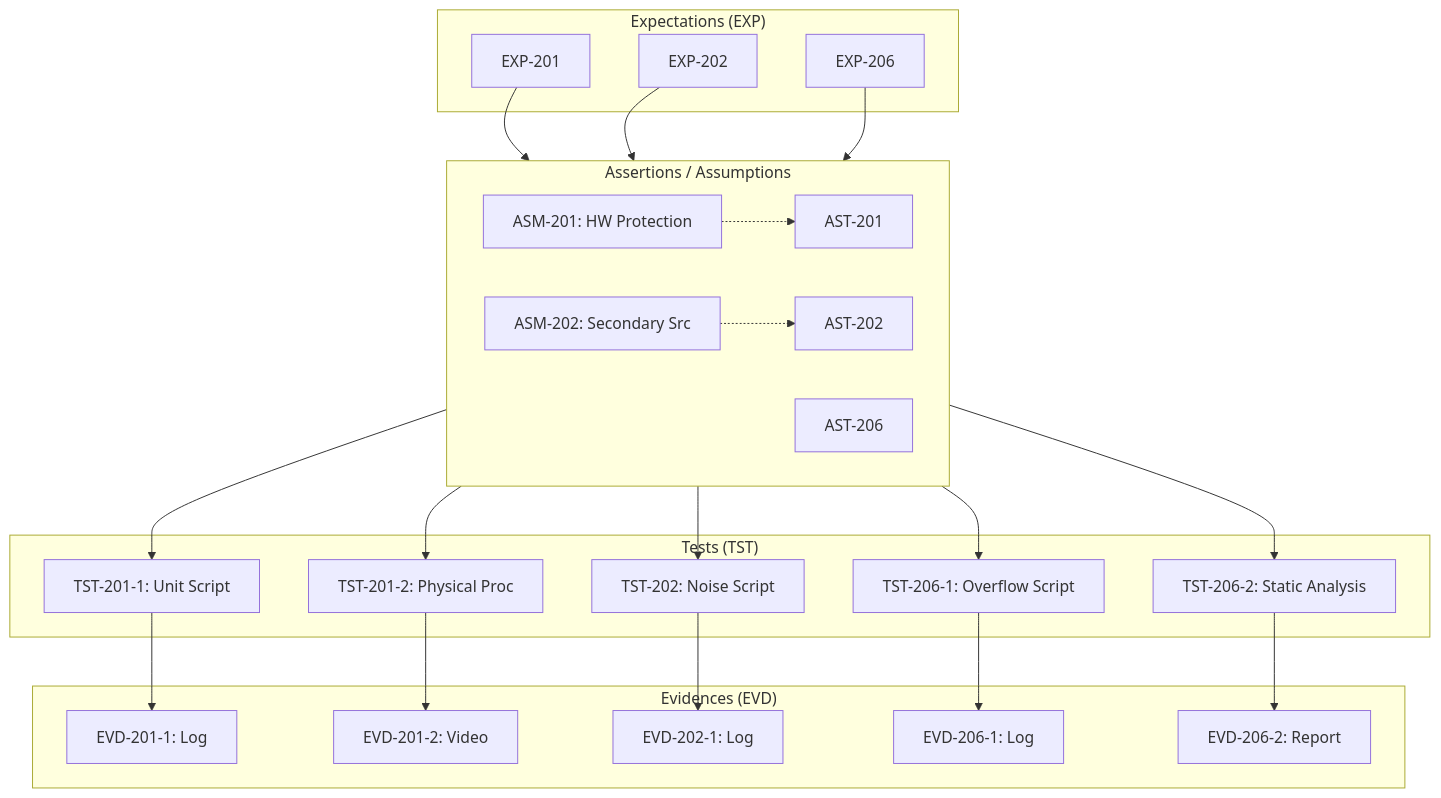
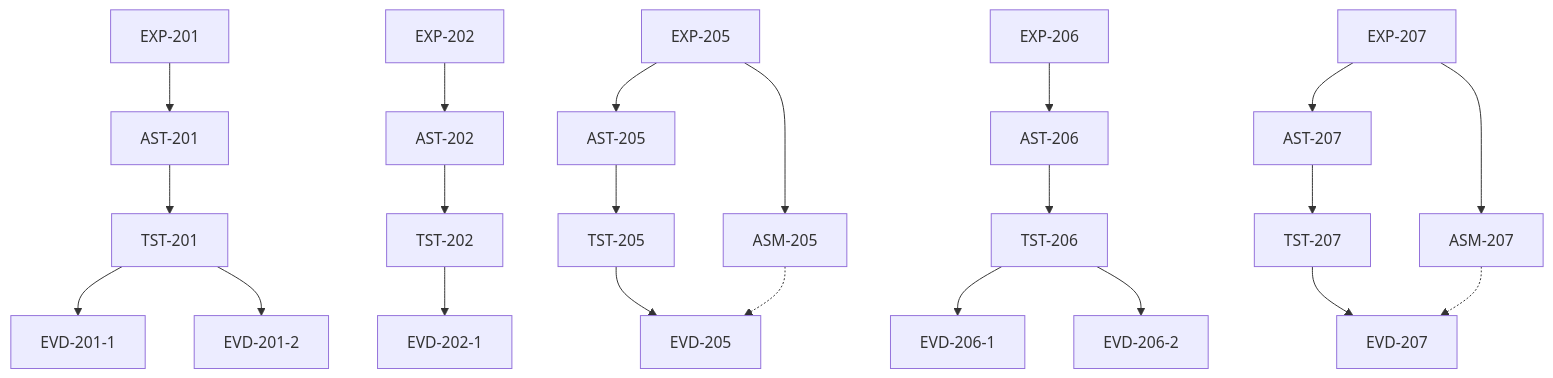
One commit to SEAME-pt/Team5_Senna_Tech changed the diagram in reqs/README.md. Above: the diagram before and after it, drawn with Mermaid.

Commit message:
~ | updated traceability graph in reqs/README.md

```````diff
--- a/reqs/README.md
+++ b/reqs/README.md
@@ -35,77 +35,59 @@
 ```mermaid
 graph TD
-    subgraph "Expectations (EXP)"
-        EXP201[EXP-201]
-        EXP202[EXP-202]
-        EXP206[EXP-206]
-    end
+    %% Flow 201
+    EXP201[EXP-201] --> AST201[AST-201]
+    AST201 --> TST201[TST-201]
+    TST201 --> E201_1[EVD-201-1]
+    TST201 --> E201_2[EVD-201-2]
 
-    
+    %% Flow 202
+    EXP202[EXP-202] --> AST202[AST-202]
+    AST202 --> TST202[TST-202]
+    TST202 --> E202_1[EVD-202-1]
 
-    subgraph "Assertions / Assumptions"
-        direction LR
-        
-        %% Assumptions
-        ASM201[ASM-201: HW Protection]
-        ASM202[ASM-202: Secondary Src]
+    %% Flow 205
+    EXP205[EXP-205] --> AST205[AST-205]
+    EXP205 --> ASM205[ASM-205]
+    AST205 --> TST205[TST-205]
+    TST205 --> E205[EVD-205]
+    ASM205 -.-> E205
 
-        %% Assertions
-        AST201[AST-201]
-        AST202[AST-202]
-        AST206[AST-206]
+    %% Flow 206
+    EXP206[EXP-206] --> AST206[AST-206]
+    AST206 --> TST206[TST-206]
+    TST206 --> E206_1[EVD-206-1]
+    TST206 --> E206_2[EVD-206-2]
 
-        %% Horizontal Links
-        ASM201 -.-> AST201
-        ASM202 -.-> AST202
-    end
-
-    subgraph "Tests (TST)"
-        TST201_1[TST-201-1: Unit Script]
-        TST201_2[TST-201-2: Physical Proc]
-        TST202[TST-202: Noise Script]
-        TST206_1[TST-206-1: Overflow Script]
-        TST206_2[TST-206-2: Static Analysis]
-    end
-
-    subgraph "Evidences (EVD)"
-        E201_1[EVD-201-1: Log]
-        E201_2[EVD-201-2: Video]
-        E202_1[EVD-202-1: Log]
-        E206_1[EVD-206-1: Log]
-        E206_2[EVD-206-2: Report]
-    end
-
-    %% Relationships
-    EXP201 --> AST201
-    EXP202 --> AST202
-    EXP206 --> AST206
-
-    %% Invisible links to anchor ASM below EXP
-    EXP201 ~~~ ASM201
-    EXP202 ~~~ ASM202
-
-    AST201 --> TST201_1 & TST201_2
-    AST202 --> TST202
-    AST206 --> TST206_1 & TST206_2
-
-    TST201_1 --> E201_1
-    TST201_2 --> E201_2
-    TST202 --> E202_1
-    TST206_1 --> E206_1
-    TST206_2 --> E206_2
+    %% Flow 207
+    EXP207[EXP-207] --> AST207[AST-207]
+    EXP207 --> ASM207[ASM-207]
+    AST207 --> TST207[TST-207]
+    TST207 --> E207[EVD-207]
+    ASM207 -.-> E207
 
     %% Links to files
-    click EXP201 "https://github.com/SEAME-pt/Team5_Senna_Tech/blob/docs/TSF-reqs-Hellom-200/reqs/expectations/EXP-201.md"
-    click EXP202 "https://github.com/SEAME-pt/Team5_Senna_Tech/blob/docs/TSF-reqs-Hellom-200/reqs/expectations/EXP-202.md"
-    click EXP206 "https://github.com/SEAME-pt/Team5_Senna_Tech/blob/docs/TSF-reqs-Hellom-200/reqs/expectations/EXP-206.md"
-    click ASM201 "https://github.com/SEAME-pt/Team5_Senna_Tech/blob/docs/TSF-reqs-Hellom-200/reqs/assumptions/ASM-201.md"
-    click ASM202 "https://github.com/SEAME-pt/Team5_Senna_Tech/blob/docs/TSF-reqs-Hellom-200/reqs/assumptions/ASM-202.md"
-    click AST201 "https://github.com/SEAME-pt/Team5_Senna_Tech/blob/docs/TSF-reqs-Hellom-200/reqs/assertions/AST-201.md"
-    click AST202 "https://github.com/SEAME-pt/Team5_Senna_Tech/blob/docs/TSF-reqs-Hellom-200/reqs/assertions/AST-202.md"
-    click AST206 "https://github.com/SEAME-pt/Team5_Senna_Tech/blob/docs/TSF-reqs-Hellom-200/reqs/assertions/AST-206.md"
-    click E201_1 "https://github.com/SEAME-pt/Team5_Senna_Tech/blob/docs/TSF-reqs-Hellom-200/reqs/evidences/EVD-201-1.md"
-    click E201_2 "https://github.com/SEAME-pt/Team5_Senna_Tech/blob/docs/TSF-reqs-Hellom-200/reqs/evidences/EVD-201-2.md"
-    click E202_1 "https://github.com/SEAME-pt/Team5_Senna_Tech/blob/docs/TSF-reqs-Hellom-200/reqs/evidences/EVD-202-1.md"
-    click E206_1 "https://github.com/SEAME-pt/Team5_Senna_Tech/blob/docs/TSF-reqs-Hellom-200/reqs/evidences/EVD-206-1.md"
-    click E206_2 "https://github.com/SEAME-pt/Team5_Senna_Tech/blob/docs/TSF-reqs-Hellom-200/reqs/evidences/EVD-206-2.md"
-```
+    click EXP201 "./expectations/EXP-201.md"
+    click EXP202 "./expectations/EXP-202.md"
+    click EXP205 "./expectations/EXP-205.md"
+    click EXP206 "./expectations/EXP-206.md"
+    click EXP207 "./expectations/EXP-207.md"
+    click AST201 "./assertions/AST-201.md"
+    click AST202 "./assertions/AST-202.md"
+    click AST205 "./assertions/AST-205.md"
+    click ASM205 "./assumptions/ASM-205.md"
+    click AST206 "./assertions/AST-206.md"
+    click AST207 "./assertions/AST-207.md"
+    click ASM207 "./assumptions/ASM-207.md"
+    click TST201 "./test/"
+    click TST202 "./test/"
+    click TST205 "./test/"
+    click TST206 "./test/"
+    click TST207 "./test/"
+    click E201_1 "./evidences/EVD-201-1.md"
+    click E201_2 "./evidences/EVD-201-2.md"
+    click E202_1 "./evidences/EVD-202-1.md"
+    click E205 "./evidences/EVD-205.md"
+    click E206_1 "./evidences/EVD-206-1.md"
+    click E206_2 "./evidences/EVD-206-2.md"
+    click E207 "./evidences/EVD-207.md"
+``````
```````
